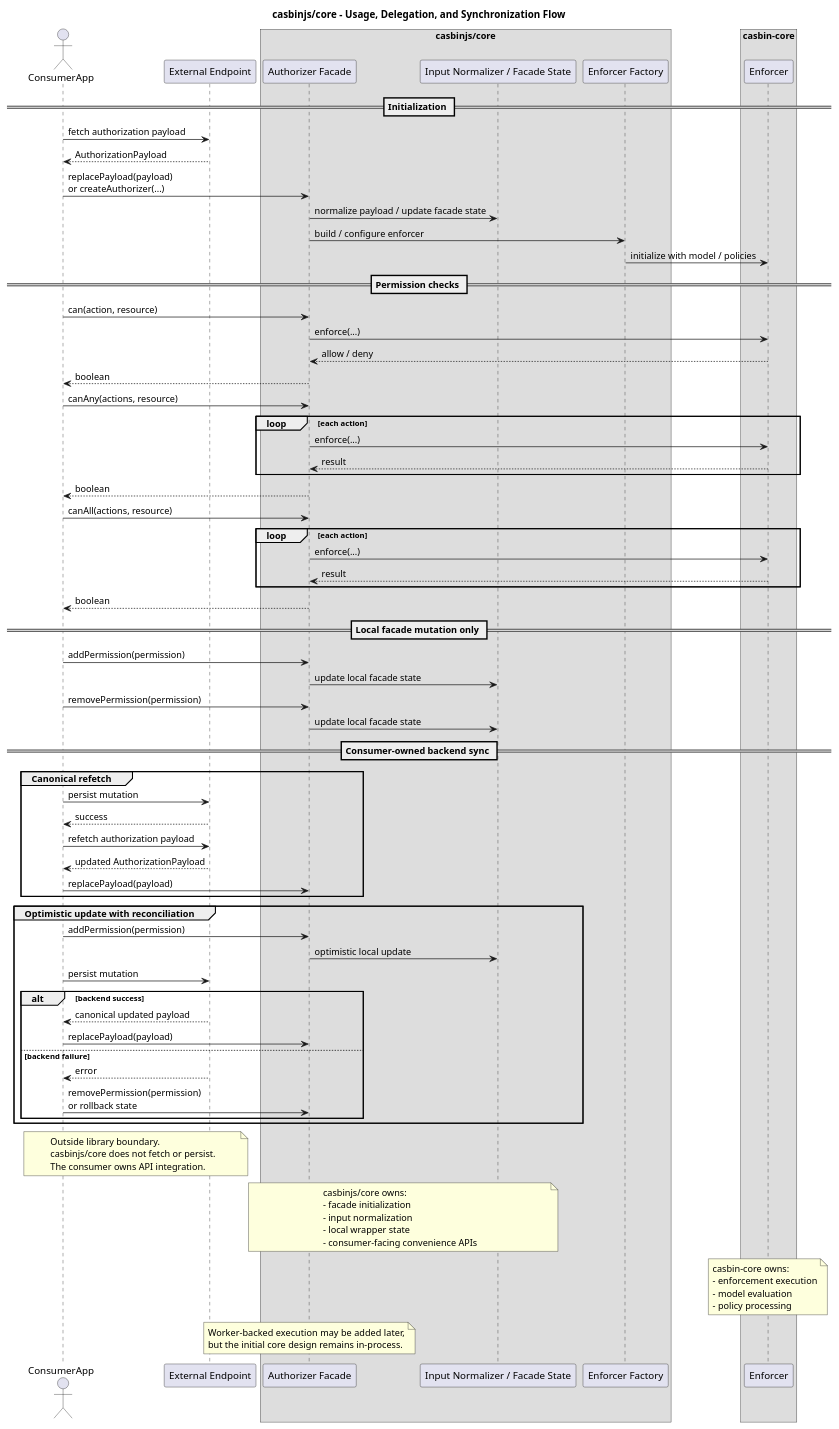
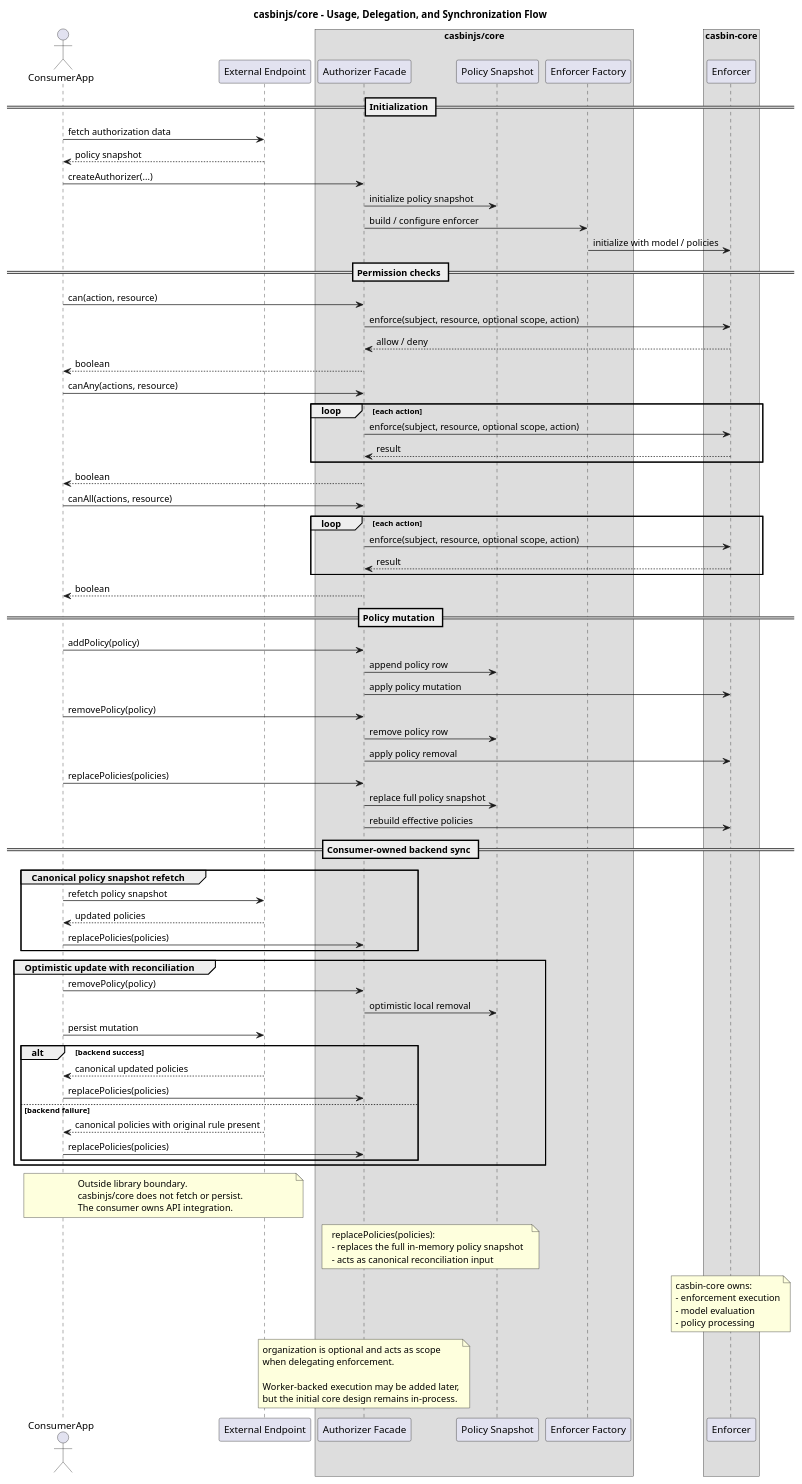
The diagram in _spec/core/usage.puml (proveo-ca/casbinjs), drawn with PlantUML before and after one commit. The commit also changed 22 other files, not shown here.

First paragraph of the commit message:
chore: remove unused InputNormalizer references

```diff
--- a/_spec/core/usage.puml
+++ b/_spec/core/usage.puml
@@ -1,103 +1,108 @@
 @startuml
 title casbinjs/core - Usage, Delegation, and Synchronization Flow
 
 skinparam shadowing false
 
 actor ConsumerApp as Consumer
 participant "External Endpoint" as Endpoint
 box "casbinjs/core"
 participant "Authorizer Facade" as Authorizer
-participant "Input Normalizer / Facade State" as FacadeLayer
+participant "Policy Snapshot" as PolicySnapshot
 participant "Enforcer Factory" as Factory
 end box
 box "casbin-core"
 participant "Enforcer" as Enforcer
 end box
 
 == Initialization ==
 
-Consumer -> Endpoint : fetch authorization payload
-Endpoint --> Consumer : AuthorizationPayload
-Consumer -> Authorizer : replacePayload(payload)\nor createAuthorizer(...)
-Authorizer -> FacadeLayer : normalize payload / update facade state
+Consumer -> Endpoint : fetch authorization data
+Endpoint --> Consumer : policy snapshot
+Consumer -> Authorizer : createAuthorizer(...)
+Authorizer -> PolicySnapshot : initialize policy snapshot
 Authorizer -> Factory : build / configure enforcer
 Factory -> Enforcer : initialize with model / policies
 
 == Permission checks ==
 
 Consumer -> Authorizer : can(action, resource)
-Authorizer -> Enforcer : enforce(...)
+Authorizer -> Enforcer : enforce(subject, resource, optional scope, action)
 Enforcer --> Authorizer : allow / deny
 Authorizer --> Consumer : boolean
 
 Consumer -> Authorizer : canAny(actions, resource)
 loop each action
-  Authorizer -> Enforcer : enforce(...)
+  Authorizer -> Enforcer : enforce(subject, resource, optional scope, action)
   Enforcer --> Authorizer : result
 end
 Authorizer --> Consumer : boolean
 
 Consumer -> Authorizer : canAll(actions, resource)
 loop each action
-  Authorizer -> Enforcer : enforce(...)
+  Authorizer -> Enforcer : enforce(subject, resource, optional scope, action)
   Enforcer --> Authorizer : result
 end
 Authorizer --> Consumer : boolean
 
-== Local facade mutation only ==
+== Policy mutation ==
 
-Consumer -> Authorizer : addPermission(permission)
-Authorizer -> FacadeLayer : update local facade state
+Consumer -> Authorizer : addPolicy(policy)
+Authorizer -> PolicySnapshot : append policy row
+Authorizer -> Enforcer : apply policy mutation
 
-Consumer -> Authorizer : removePermission(permission)
-Authorizer -> FacadeLayer : update local facade state
+Consumer -> Authorizer : removePolicy(policy)
+Authorizer -> PolicySnapshot : remove policy row
+Authorizer -> Enforcer : apply policy removal
+
+Consumer -> Authorizer : replacePolicies(policies)
+Authorizer -> PolicySnapshot : replace full policy snapshot
+Authorizer -> Enforcer : rebuild effective policies
 
 == Consumer-owned backend sync ==
 
-group Canonical refetch
-  Consumer -> Endpoint : persist mutation
-  Endpoint --> Consumer : success
-  Consumer -> Endpoint : refetch authorization payload
-  Endpoint --> Consumer : updated AuthorizationPayload
-  Consumer -> Authorizer : replacePayload(payload)
+group Canonical policy snapshot refetch
+  Consumer -> Endpoint : refetch policy snapshot
+  Endpoint --> Consumer : updated policies
+  Consumer -> Authorizer : replacePolicies(policies)
 end
 
 group Optimistic update with reconciliation
-  Consumer -> Authorizer : addPermission(permission)
-  Authorizer -> FacadeLayer : optimistic local update
+  Consumer -> Authorizer : removePolicy(policy)
+  Authorizer -> PolicySnapshot : optimistic local removal
   Consumer -> Endpoint : persist mutation
   alt backend success
-    Endpoint --> Consumer : canonical updated payload
-    Consumer -> Authorizer : replacePayload(payload)
+    Endpoint --> Consumer : canonical updated policies
+    Consumer -> Authorizer : replacePolicies(policies)
   else backend failure
-    Endpoint --> Consumer : error
-    Consumer -> Authorizer : removePermission(permission)\nor rollback state
+    Endpoint --> Consumer : canonical policies with original rule present
+    Consumer -> Authorizer : replacePolicies(policies)
   end
 end
 
 note over Consumer,Endpoint
 Outside library boundary.
 casbinjs/core does not fetch or persist.
 The consumer owns API integration.
 end note
 
-note over Authorizer,FacadeLayer
-casbinjs/core owns:
-- facade initialization
-- input normalization
-- local wrapper state
-- consumer-facing convenience APIs
+note over Authorizer,PolicySnapshot
+replacePolicies(policies):
+- replaces the full in-memory policy snapshot
+- acts as canonical reconciliation input
 end note
 
 note over Enforcer
 casbin-core owns:
 - enforcement execution
 - model evaluation
 - policy processing
 end note
 
 note over Authorizer
+organization is optional and acts as scope
+when delegating enforcement.
+
 Worker-backed execution may be added later,
 but the initial core design remains in-process.
 end note
 @enduml
```
